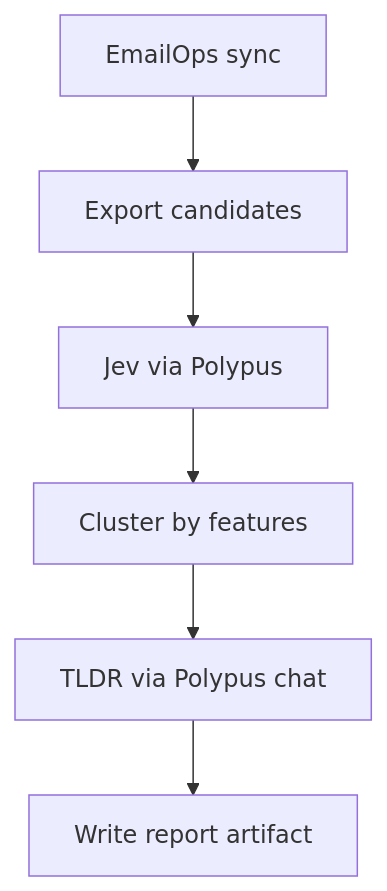
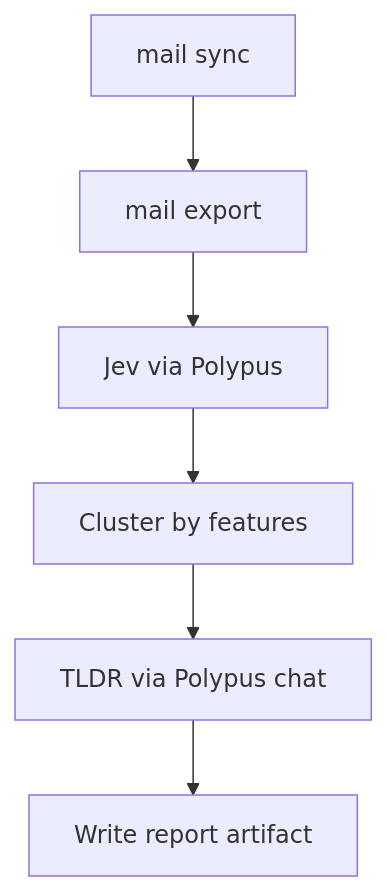
Before and after one commit to xynova/should-i-read: the diagram in docs/report-only-eval.md, drawn with Mermaid. The commit also changed other lines of this file and 94 other files, not shown here.

First line of the commit message:
feat: Pimalaya operator hub, human CLI, remove EmailOps

````diff
--- a/docs/report-only-eval.md
+++ b/docs/report-only-eval.md
@@ -20,14 +20,14 @@
 ```mermaid
 flowchart TD
-  sync[EmailOps sync]
-  export[Export candidates]
+  sync[mail sync]
+  export[mail export]
   jev[Jev via Polypus]
   cluster[Cluster by features]
   tldr[TLDR via Polypus chat]
   report[Write report artifact]
   sync --> export
   export --> jev
   jev --> cluster
   cluster --> tldr
   tldr --> report
 ```
````
